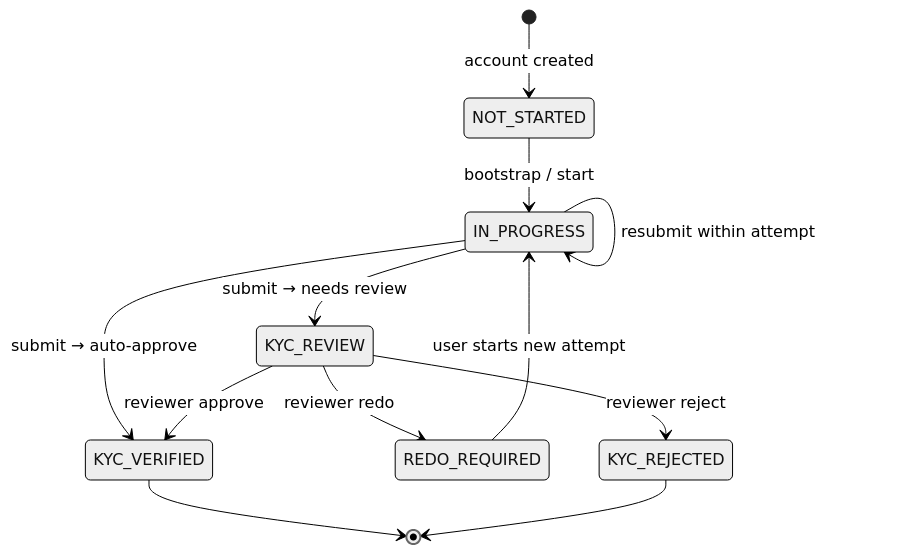
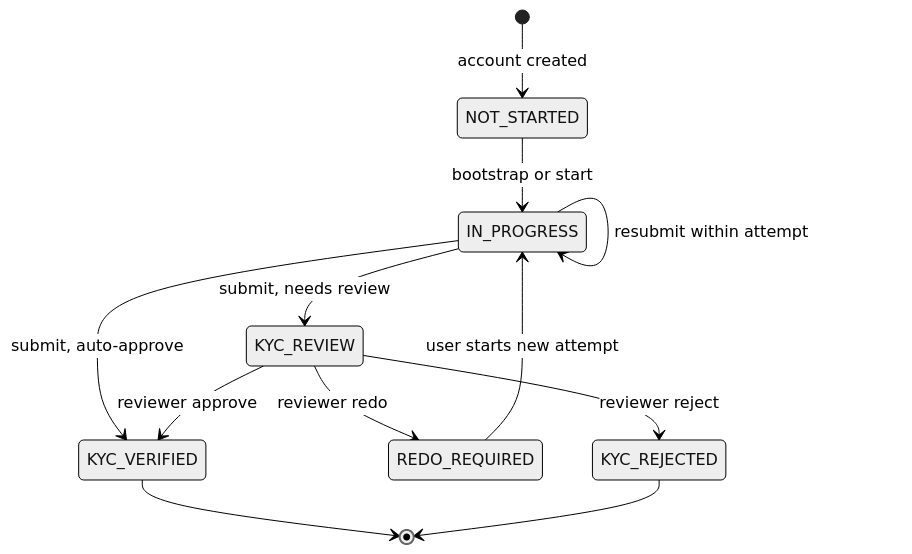
One commit to kevzo8/cps-272 changed diagram 12 of 15 in docs/02-architecture-diagrams.md. Above: the diagram before and after it, drawn with Mermaid (neutral theme). The commit also changed other lines of this file, not shown here.

Commit message:
Fix mermaid state labels: no colons, arrows, or markers in edge text

````diff
--- a/docs/02-architecture-diagrams.md
+++ b/docs/02-architecture-diagrams.md
@@ -312,14 +312,14 @@
 ```mermaid
 stateDiagram-v2
     [*] --> NOT_STARTED: account created
-    NOT_STARTED --> IN_PROGRESS: bootstrap / start
+    NOT_STARTED --> IN_PROGRESS: bootstrap or start
     IN_PROGRESS --> IN_PROGRESS: resubmit within attempt
-    IN_PROGRESS --> KYC_REVIEW: submit → needs review
-    IN_PROGRESS --> KYC_VERIFIED: submit → auto-approve
+    IN_PROGRESS --> KYC_REVIEW: submit, needs review
+    IN_PROGRESS --> KYC_VERIFIED: submit, auto-approve
     KYC_REVIEW --> KYC_VERIFIED: reviewer approve
     KYC_REVIEW --> REDO_REQUIRED: reviewer redo
     KYC_REVIEW --> KYC_REJECTED: reviewer reject
     REDO_REQUIRED --> IN_PROGRESS: user starts new attempt
     KYC_VERIFIED --> [*]
     KYC_REJECTED --> [*]
 ```
````
